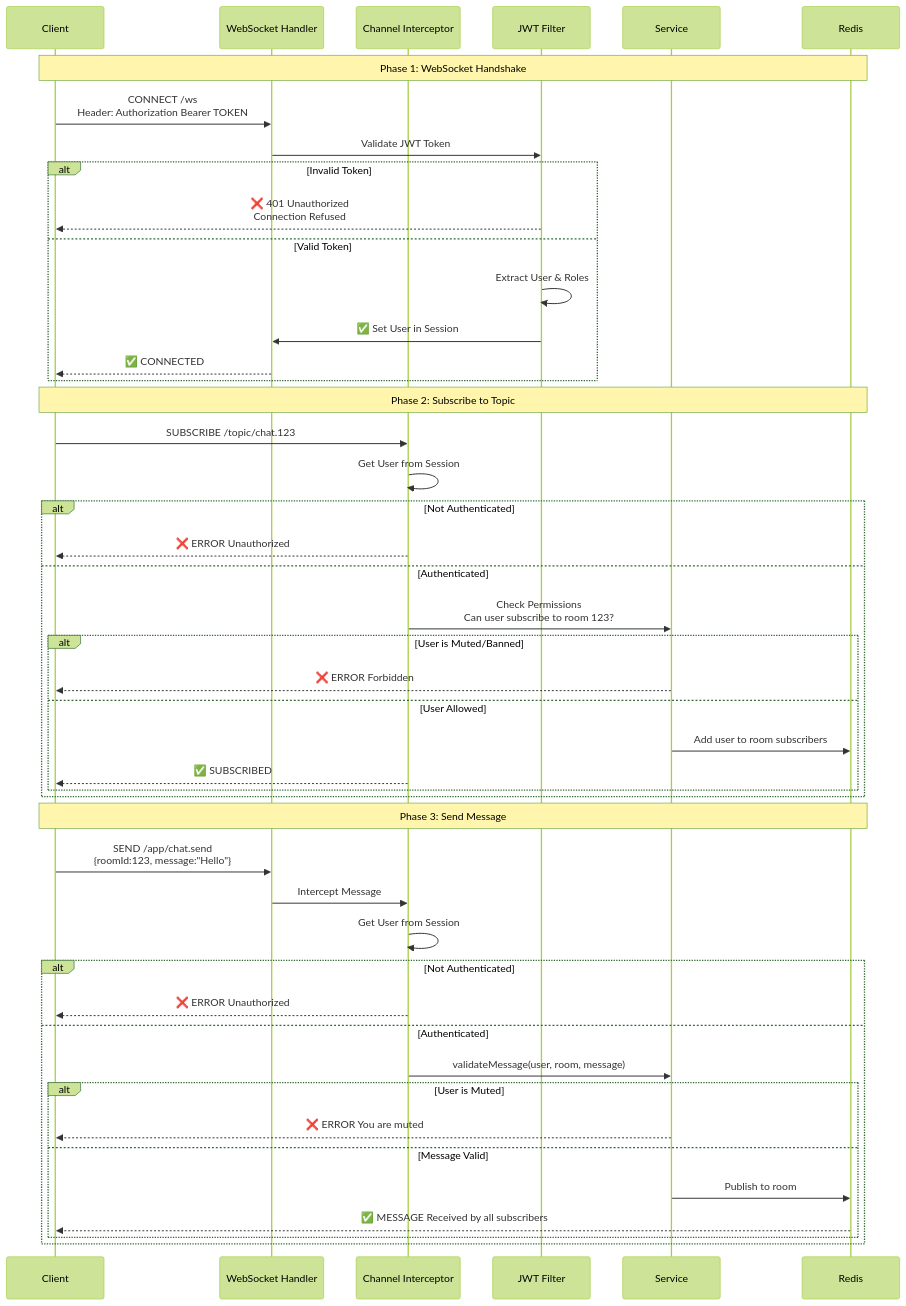
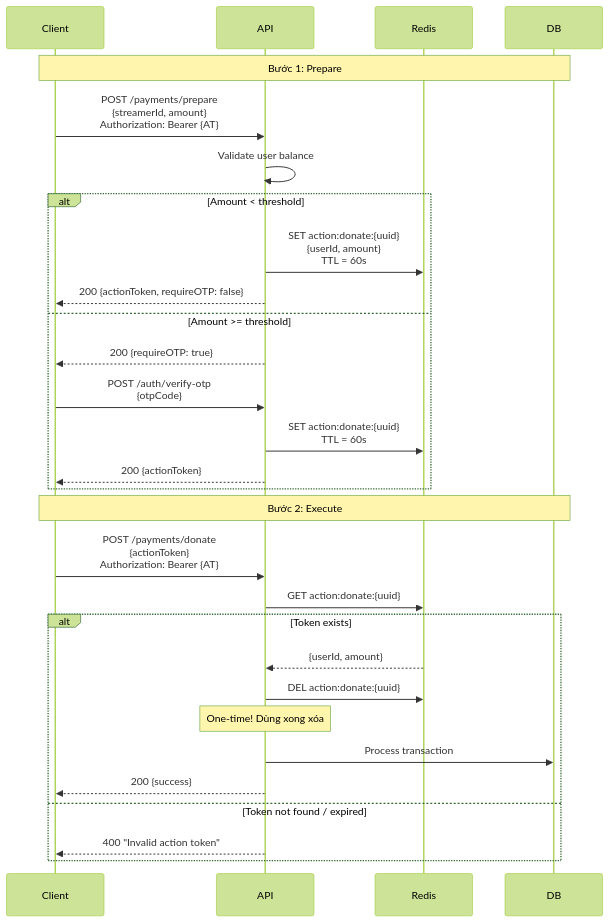
Before and after one commit to HungPhan200591/live-stream-backend: the sixth of 7 diagrams in docs/authorization_flow.md, drawn with Mermaid (forest theme). The commit also changed other lines of this file and 3 other files, not shown here.

Commit message:
docs: Add comprehensive documentation for the authorization flow and security best practices.

````diff
--- a/docs/authorization_flow.md
+++ b/docs/authorization_flow.md
@@ -313,59 +295,36 @@
 ```mermaid
 sequenceDiagram
     participant Client
-    participant WSHandler as WebSocket Handler
-    participant Interceptor as Channel Interceptor
-    participant Auth as JWT Filter
-    participant Service
+    participant API
     participant Redis
-    
-    Note over Client,Redis: Phase 1: WebSocket Handshake
-    
-    Client->>WSHandler: CONNECT /ws<br/>Header: Authorization Bearer TOKEN
-    WSHandler->>Auth: Validate JWT Token
-    
-    alt Invalid Token
-        Auth-->>Client: ❌ 401 Unauthorized<br/>Connection Refused
-    else Valid Token
-        Auth->>Auth: Extract User & Roles
-        Auth->>WSHandler: ✅ Set User in Session
-        WSHandler-->>Client: ✅ CONNECTED
+    participant DB
+
+    Note over Client,DB: Bước 1: Prepare
+    Client->>API: POST /payments/prepare<br/>{streamerId, amount}<br/>Authorization: Bearer {AT}
+
+    API->>API: Validate user balance
+
+    alt Amount < threshold
+        API->>Redis: SET action:donate:{uuid}<br/>{userId, amount}<br/>TTL = 60s
+        API-->>Client: 200 {actionToken, requireOTP: false}
+    else Amount >= threshold
+        API-->>Client: 200 {requireOTP: true}
+        Client->>API: POST /auth/verify-otp<br/>{otpCode}
+        API->>Redis: SET action:donate:{uuid}<br/>TTL = 60s
+        API-->>Client: 200 {actionToken}
     end
-    
-    Note over Client,Redis: Phase 2: Subscribe to Topic
-    
-    Client->>Interceptor: SUBSCRIBE /topic/chat.123
-    Interceptor->>Interceptor: Get User from Session
-    
-    alt Not Authenticated
-        Interceptor-->>Client: ❌ ERROR Unauthorized
-    else Authenticated
-        Interceptor->>Service: Check Permissions<br/>Can user subscribe to room 123?
-        
-        alt User is Muted/Banned
-            Service-->>Client: ❌ ERROR Forbidden
-        else User Allowed
-            Service->>Redis: Add user to room subscribers
-            Interceptor-->>Client: ✅ SUBSCRIBED
-        end
-    end
-    
-    Note over Client,Redis: Phase 3: Send Message
-    
-    Client->>WSHandler: SEND /app/chat.send<br/>{roomId:123, message:"Hello"}
-    WSHandler->>Interceptor: Intercept Message
-    Interceptor->>Interceptor: Get User from Session
-    
-    alt Not Authenticated
-        Interceptor-->>Client: ❌ ERROR Unauthorized
-    else Authenticated
-        Interceptor->>Service: validateMessage(user, room, message)
-        
-        alt User is Muted
-            Service-->>Client: ❌ ERROR You are muted
-        else Message Valid
-            Service->>Redis: Publish to room
-            Redis-->>Client: ✅ MESSAGE Received by all subscribers
-        end
+
+    Note over Client,DB: Bước 2: Execute
+    Client->>API: POST /payments/donate<br/>{actionToken}<br/>Authorization: Bearer {AT}
+
+    API->>Redis: GET action:donate:{uuid}
+    alt Token exists
+        Redis-->>API: {userId, amount}
+        API->>Redis: DEL action:donate:{uuid}
+        Note over API: One-time! Dùng xong xóa
+        API->>DB: Process transaction
+        API-->>Client: 200 {success}
+    else Token not found / expired
+        API-->>Client: 400 "Invalid action token"
     end
 ```
````
